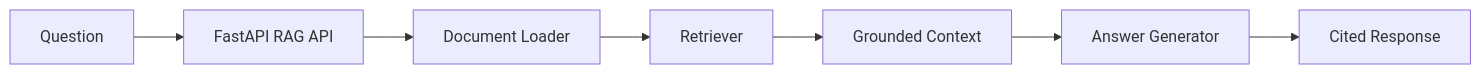
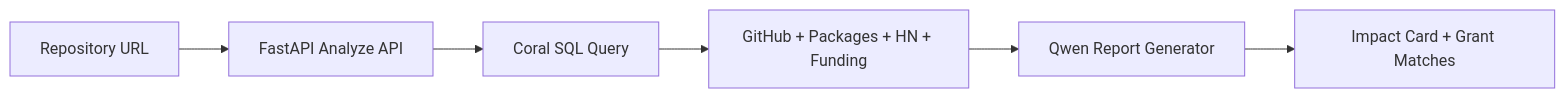
Before and after one commit to himanshu748/himanshu748: the first of 3 diagrams in README.md, drawn with Mermaid. The commit also changed other lines of this file, not shown here.

````diff
--- a/README.md
+++ b/README.md
@@ -85,9 +85,8 @@
 ```mermaid
 flowchart LR
-  USER["Question"] --> API["FastAPI RAG API"]
-  API --> LOAD["Document Loader"]
-  LOAD --> RET["Retriever"]
-  RET --> CTX["Grounded Context"]
-  CTX --> LLM["Answer Generator"]
-  LLM --> RESP["Cited Response"]
+  USER["Repository URL"] --> API["FastAPI Analyze API"]
+  API --> CORAL["Coral SQL Query"]
+  CORAL --> SOURCES["GitHub + Packages + HN + Funding"]
+  SOURCES --> MODEL["Qwen Report Generator"]
+  MODEL --> CARD["Impact Card + Grant Matches"]
 ```
````
